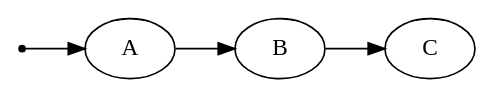
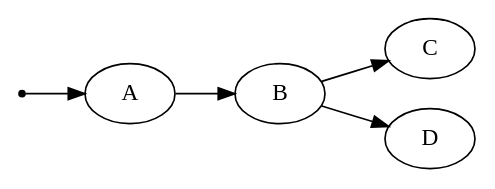
The diagram in docs/tutorial/tut02.rst (python-bonobo/bonobo), drawn with Graphviz before and after one commit. The commit also changed other lines of this file and 9 other files, not shown here.

```diff
--- a/docs/tutorial/tut02.rst
+++ b/docs/tutorial/tut02.rst
@@ -9,7 +10,8 @@
 .. graphviz::
 
     digraph {
         rankdir = LR;
         BEGIN [shape="point"];
         BEGIN -> "A" -> "B" -> "C";
+        "B" -> "D";
     }
```
